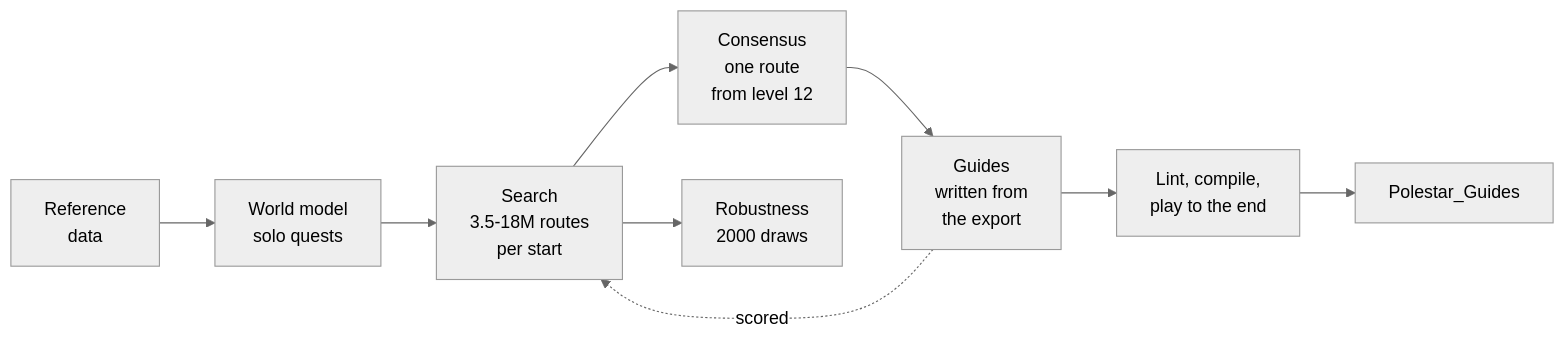
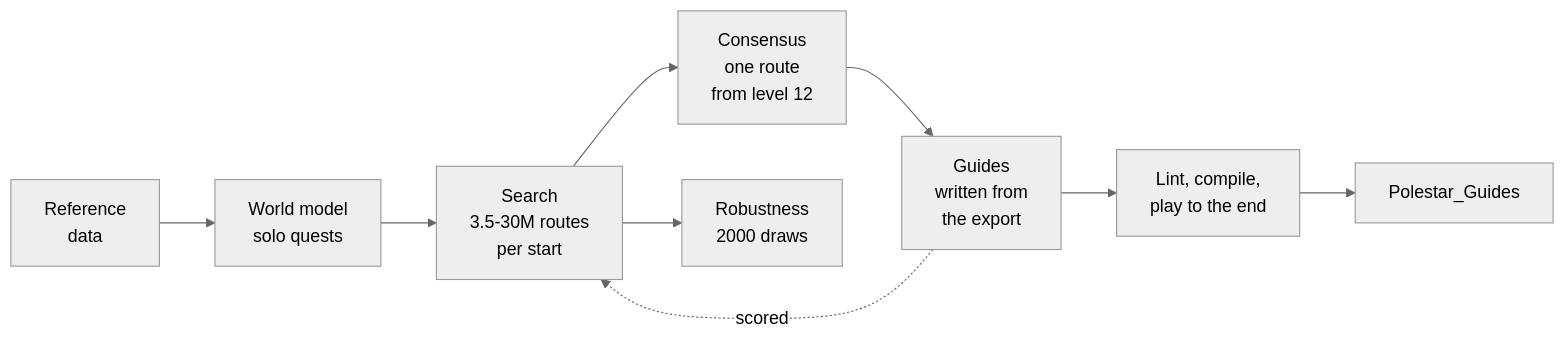
Before and after one commit to AurumTitanos/polestar: the diagram in README.md, drawn with Mermaid (neutral theme). The commit also changed other lines of this file and 7 other files, not shown here.

Commit message:
Docs: the README's numbers and charts from four independent route searches, the fourth on the release data; the charts display again (no '--' in an SVG's header comment)

````diff
--- a/README.md
+++ b/README.md
@@ -342,11 +342,11 @@
 ```mermaid
 flowchart LR
   data["Reference<br/>data"] --> world["World model<br/>solo quests"]
-  world --> search["Search<br/>3.5-18M routes<br/>per start"]
+  world --> search["Search<br/>3.5-30M routes<br/>per start"]
   search --> consensus["Consensus<br/>one route<br/>from level 12"]
   search --> robust["Robustness<br/>2000 draws"]
   consensus --> guides["Guides<br/>written from<br/>the export"]
   guides --> compile["Lint, compile,<br/>play to the end"]
   compile --> addon["Polestar_Guides"]
   guides -. scored .-> search
 ```
````
